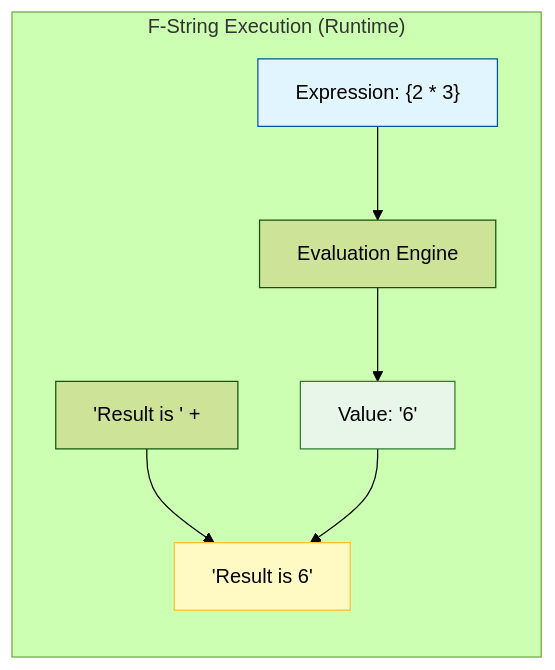
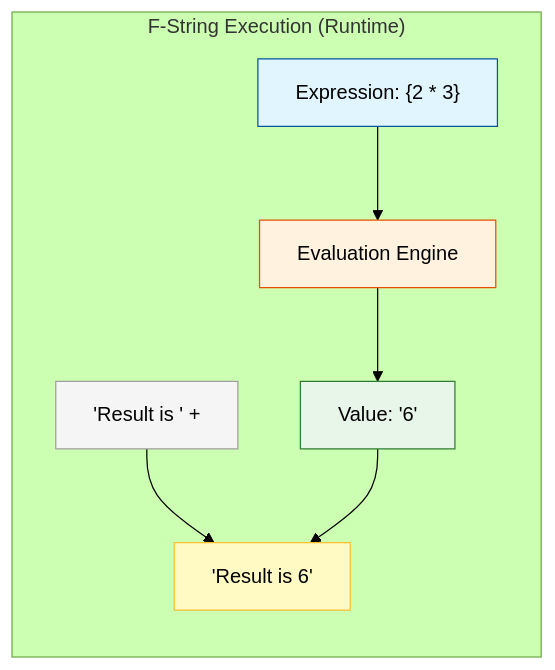
The first of 2 diagrams in 03_Strings/README.md (AyushSingh360/my-python-notebook), drawn with Mermaid (forest theme) before and after one commit. The commit also changed other lines of this file and 2 other files, not shown here.

````diff
--- a/03_Strings/README.md
+++ b/03_Strings/README.md
@@ -31,12 +31,14 @@
 ```mermaid
 graph LR
     subgraph "F-String Execution (Runtime)"
     Expr["Expression: {2 * 3}"] --> Eval["Evaluation Engine"]
     Eval --> Result["Value: '6'"]
     Template["'Result is ' + "] --> Final["'Result is 6'"]
     Result --> Final
     end
     style Expr fill:#e1f5fe,stroke:#01579b,color:#000
+    style Eval fill:#fff3e0,stroke:#e65100,color:#000
     style Result fill:#e8f5e9,stroke:#2e7d32,color:#000
+    style Template fill:#f5f5f5,stroke:#9e9e9e,color:#000
     style Final fill:#fff9c4,stroke:#fbc02d,color:#000
 ```
````
